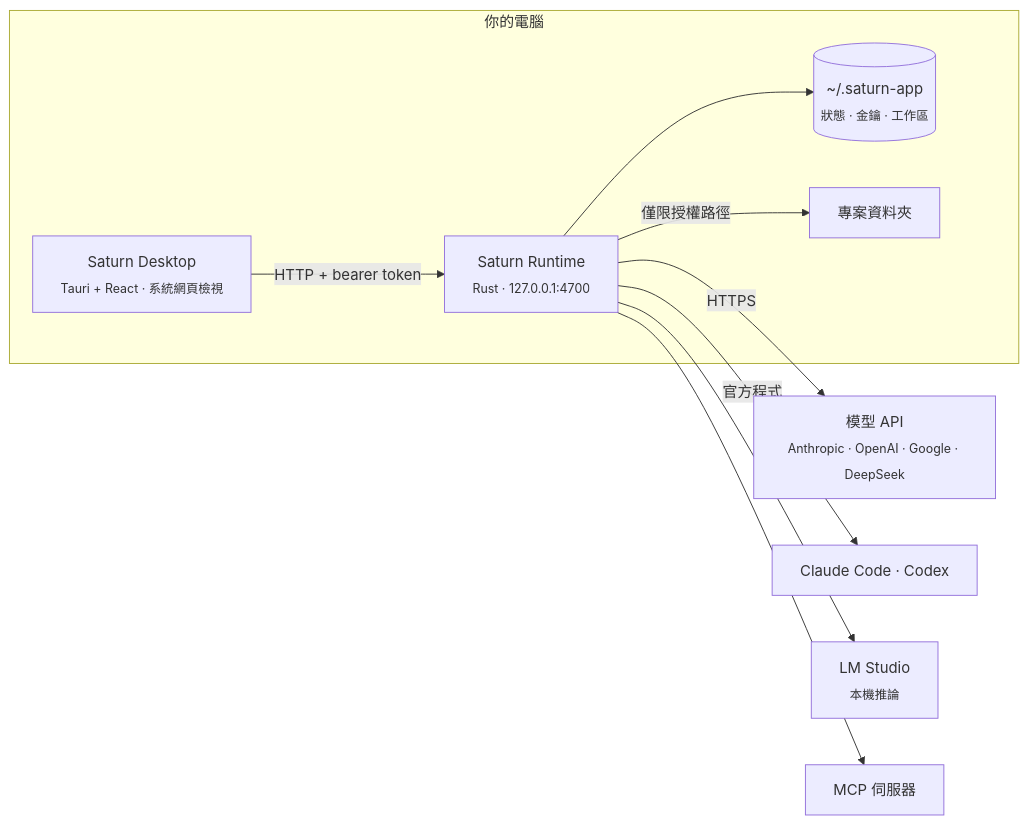
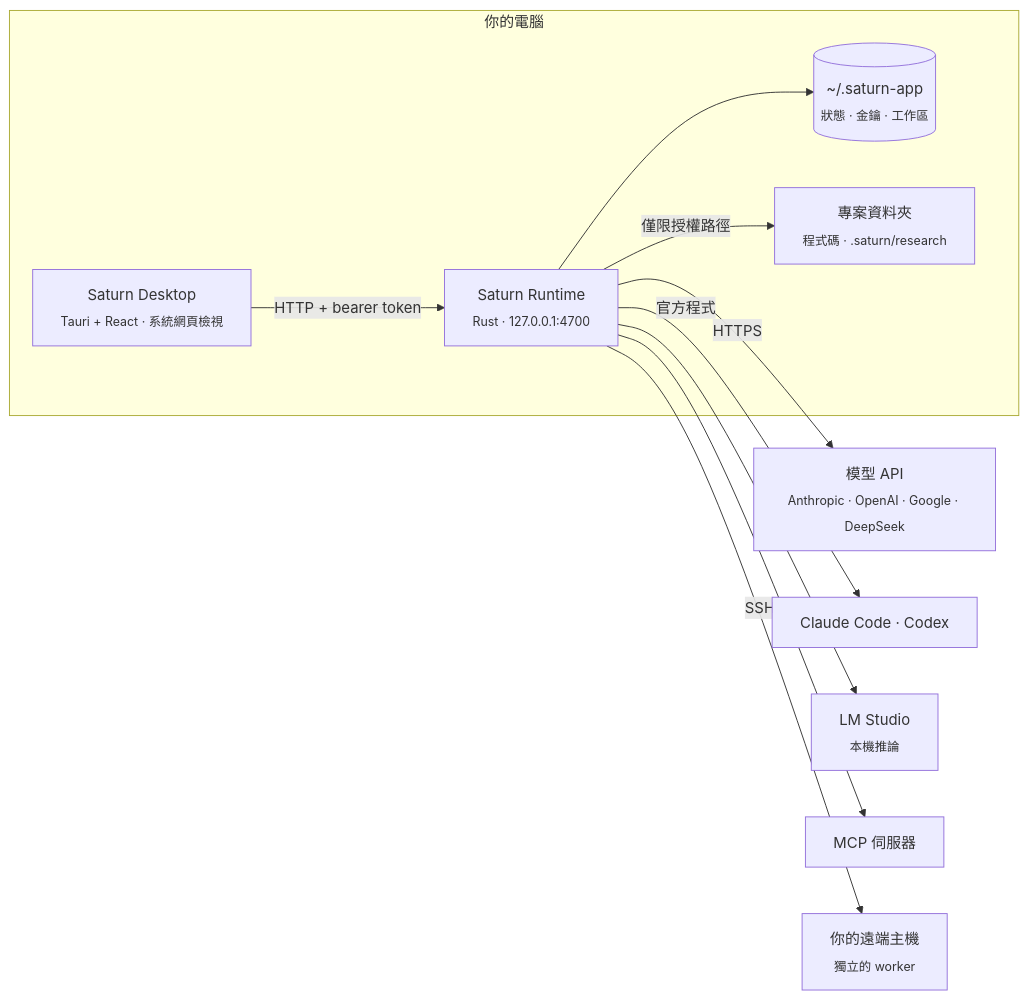
The diagram in README_ZH.md (Saturn-Technology-Project/Saturn-App), drawn with Mermaid before and after one commit. The commit also changed other lines of this file and 6 other files, not shown here.

````diff
--- a/README_ZH.md
+++ b/README_ZH.md
@@ -160,16 +155,17 @@
 ```mermaid
 flowchart LR
   subgraph Machine["你的電腦"]
     D["Saturn Desktop<br/><sub>Tauri + React · 系統網頁檢視</sub>"]
     R["Saturn Runtime<br/><sub>Rust · 127.0.0.1:4700</sub>"]
     S[("~/.saturn-app<br/><sub>狀態 · 金鑰 · 工作區</sub>")]
-    P["專案資料夾"]
+    P["專案資料夾<br/><sub>程式碼 · .saturn/research</sub>"]
     D -- "HTTP + bearer token" --> R
     R --> S
     R -- "僅限授權路徑" --> P
   end
   R -- "HTTPS" --> M["模型 API<br/><sub>Anthropic · OpenAI · Google · DeepSeek</sub>"]
   R -- "官方程式" --> C["Claude Code · Codex"]
   R --> L["LM Studio<br/><sub>本機推論</sub>"]
   R --> X["MCP 伺服器"]
+  R -- "SSH" --> H["你的遠端主機<br/><sub>獨立的 worker</sub>"]
 ```
````
